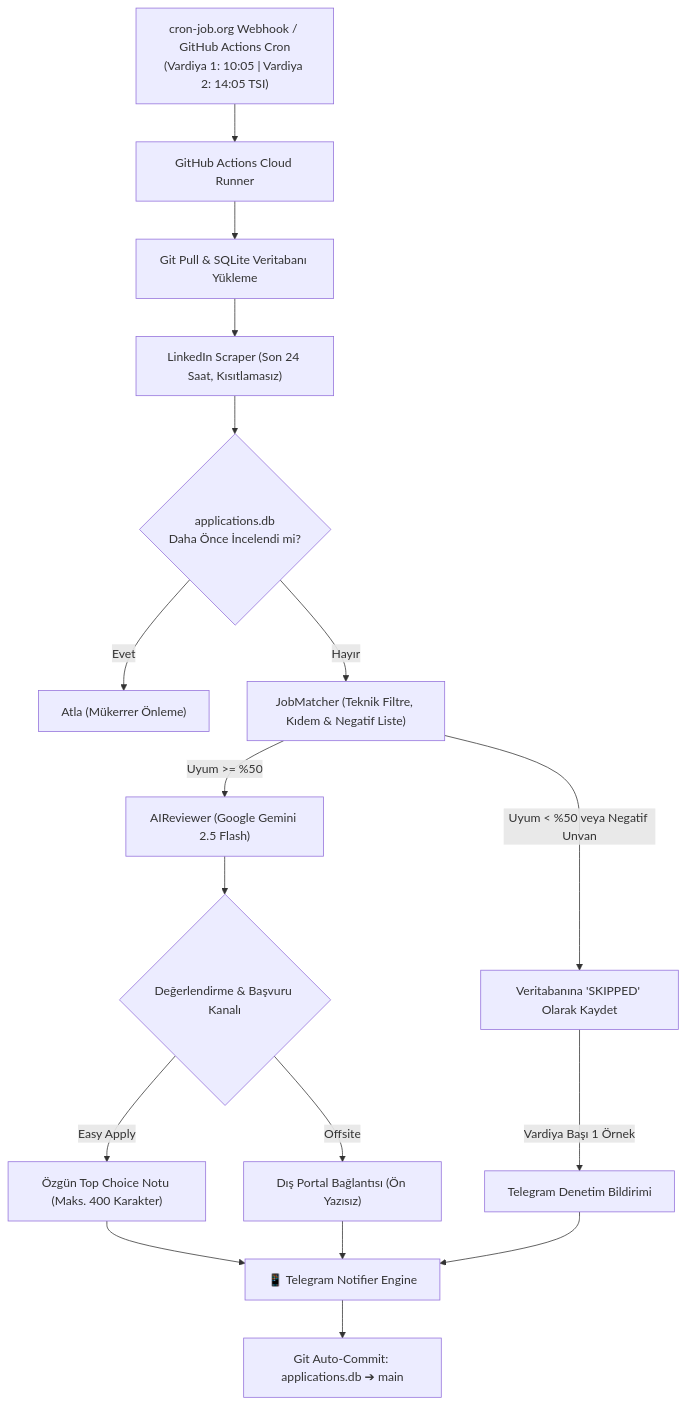
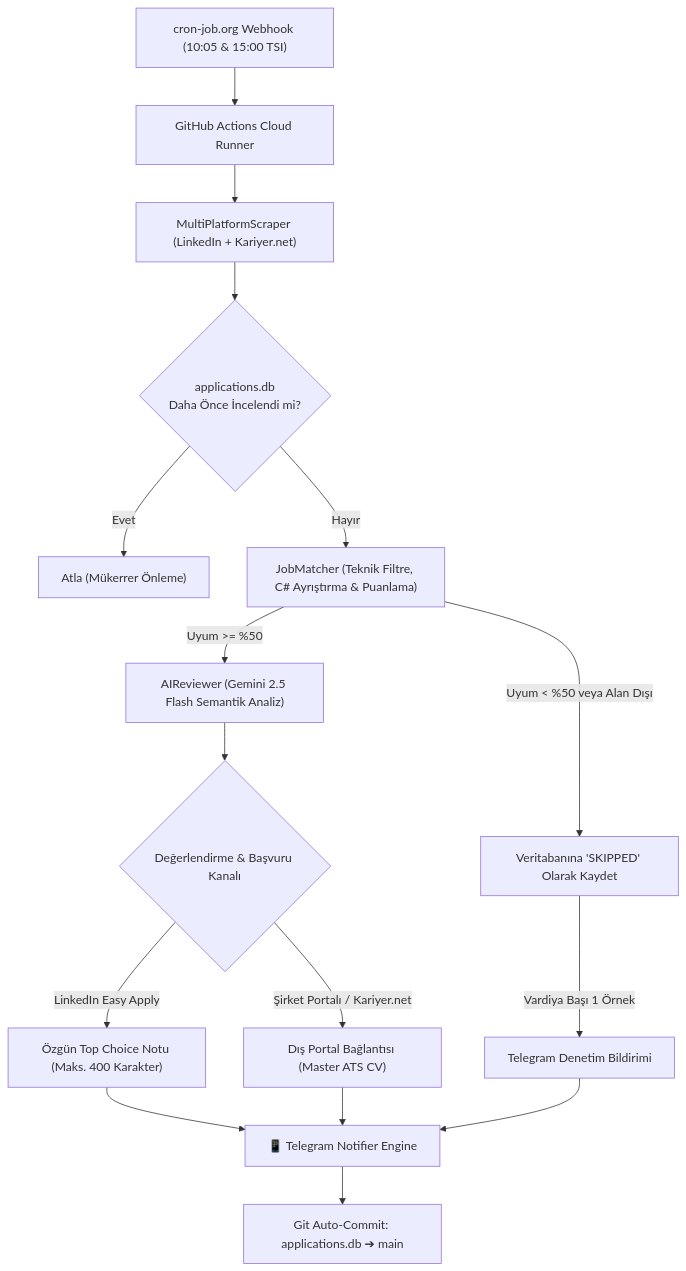
One commit to omergokdass/ai-career-copilot changed the diagram in README.md. Above: the diagram before and after it, drawn with Mermaid. The commit also changed other lines of this file and 2 other files, not shown here.

Commit message:
docs: update README, SYSTEM_STATUS, and gitignore for dual-wave multi-platform architecture

````diff
--- a/README.md
+++ b/README.md
@@ -38,24 +47,23 @@
 ```mermaid
 flowchart TD
-    Trigger["cron-job.org Webhook / GitHub Actions Cron<br>(Vardiya 1: 10:05 | Vardiya 2: 14:05 TSI)"] --> Runner["GitHub Actions Cloud Runner"]
-    Runner --> Pull["Git Pull & SQLite Veritabanı Yükleme"]
-    Pull --> Scraper["LinkedIn Scraper (Son 24 Saat, Kısıtlamasız)"]
+    Trigger["cron-job.org Webhook (10:05 & 15:00 TSI)"] --> Runner["GitHub Actions Cloud Runner"]
+    Runner --> Scraper["MultiPlatformScraper (LinkedIn + Kariyer.net)"]
+    
     Scraper --> Deduplicate{"applications.db<br>Daha Önce İncelendi mi?"}
+    Deduplicate -->|Evet| Ignore["Atla (Mükerrer Önleme)"]
+    Deduplicate -->|Hayır| Matcher["JobMatcher (Teknik Filtre, C# Ayrıştırma & Puanlama)"]
     
-    Deduplicate -->|Evet| Ignore["Atla (Mükerrer Önleme)"]
-    Deduplicate -->|Hayır| Matcher["JobMatcher (Teknik Filtre, Kıdem & Negatif Liste)"]
-    
-    Matcher -->|Uyum < %50 veya Negatif Unvan| SkipRecord["Veritabanına 'SKIPPED' Olarak Kaydet"]
-    Matcher -->|Uyum >= %50| Gemini["AIReviewer (Google Gemini 2.5 Flash)"]
+    Matcher -->|Uyum < %50 veya Alan Dışı| SkipRecord["Veritabanına 'SKIPPED' Olarak Kaydet"]
+    Matcher -->|Uyum >= %50| Gemini["AIReviewer (Gemini 2.5 Flash Semantik Analiz)"]
     
     Gemini --> Decision{"Değerlendirme & Başvuru Kanalı"}
-    Decision -->|Easy Apply| EANote["Özgün Top Choice Notu (Maks. 400 Karakter)"]
-    Decision -->|Offsite| OffsiteLink["Dış Portal Bağlantısı (Ön Yazısız)"]
+    Decision -->|LinkedIn Easy Apply| EANote["Özgün Top Choice Notu (Maks. 400 Karakter)"]
+    Decision -->|Şirket Portalı / Kariyer.net| OffsiteLink["Dış Portal Bağlantısı (Master ATS CV)"]
     
     EANote --> Telegram["📱 Telegram Notifier Engine"]
     OffsiteLink --> Telegram
     SkipRecord -->|Vardiya Başı 1 Örnek| AuditNote["Telegram Denetim Bildirimi"]
     AuditNote --> Telegram
     
     Telegram --> Commit["Git Auto-Commit: applications.db ➔ main"]
 ```
````
